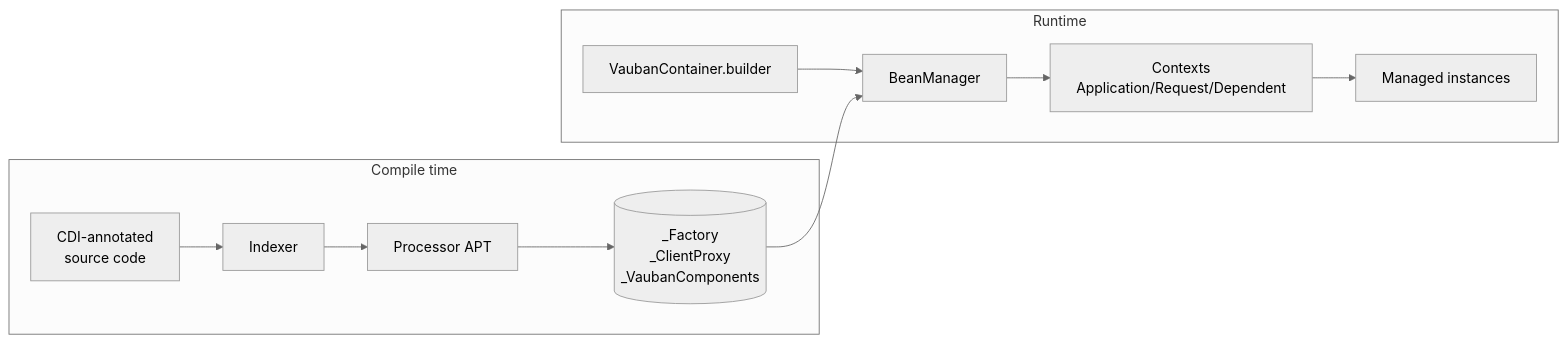
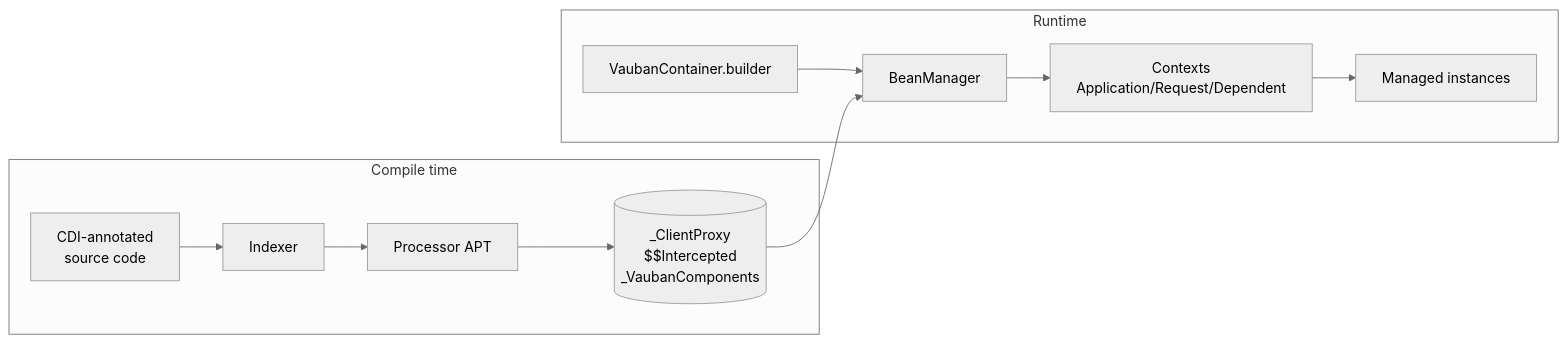
The second of 2 diagrams in docs/en/modules/ROOT/pages/concepts.adoc (vidocq-stack/vauban), drawn with Mermaid (neutral theme) before and after one commit. The commit also changed other lines of this file and 17 other files, not shown here.

```diff
--- a/docs/en/modules/ROOT/pages/concepts.adoc
+++ b/docs/en/modules/ROOT/pages/concepts.adoc
@@ -83,15 +83,15 @@
 [mermaid]
 ....
 graph LR
   subgraph Compile["Compile time"]
     SRC[CDI-annotated<br/>source code] --> IDX[Indexer]
     IDX --> PROC[Processor APT]
-    PROC --> FAC[(_Factory<br/>_ClientProxy<br/>_VaubanComponents)]
+    PROC --> FAC[(_ClientProxy<br/>$$Intercepted<br/>_VaubanComponents)]
   end
   subgraph Runtime["Runtime"]
     BOOT[VaubanContainer.builder] --> BM[BeanManager]
     BM --> CTX[Contexts<br/>Application/Request/Dependent]
     CTX --> INST[Managed instances]
   end
   FAC --> BM
 ....
```
